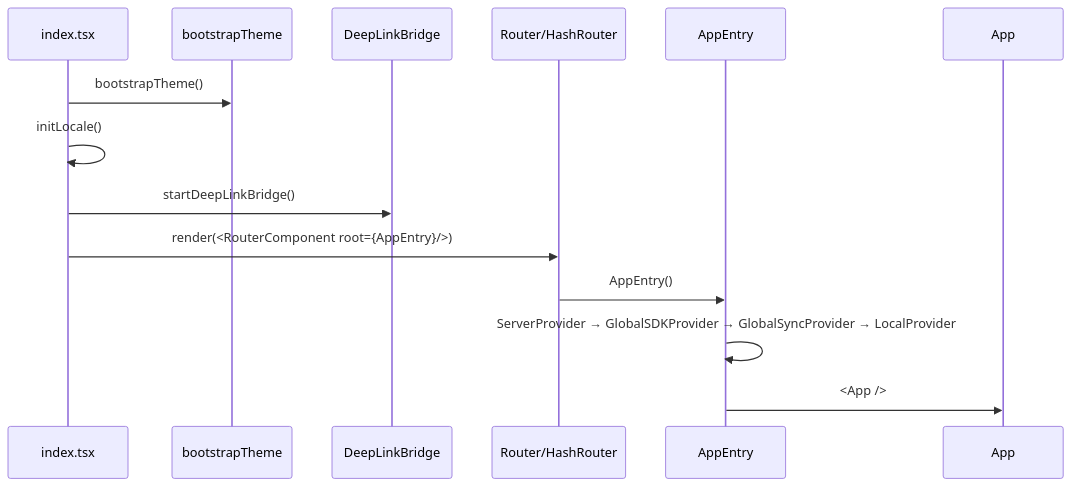
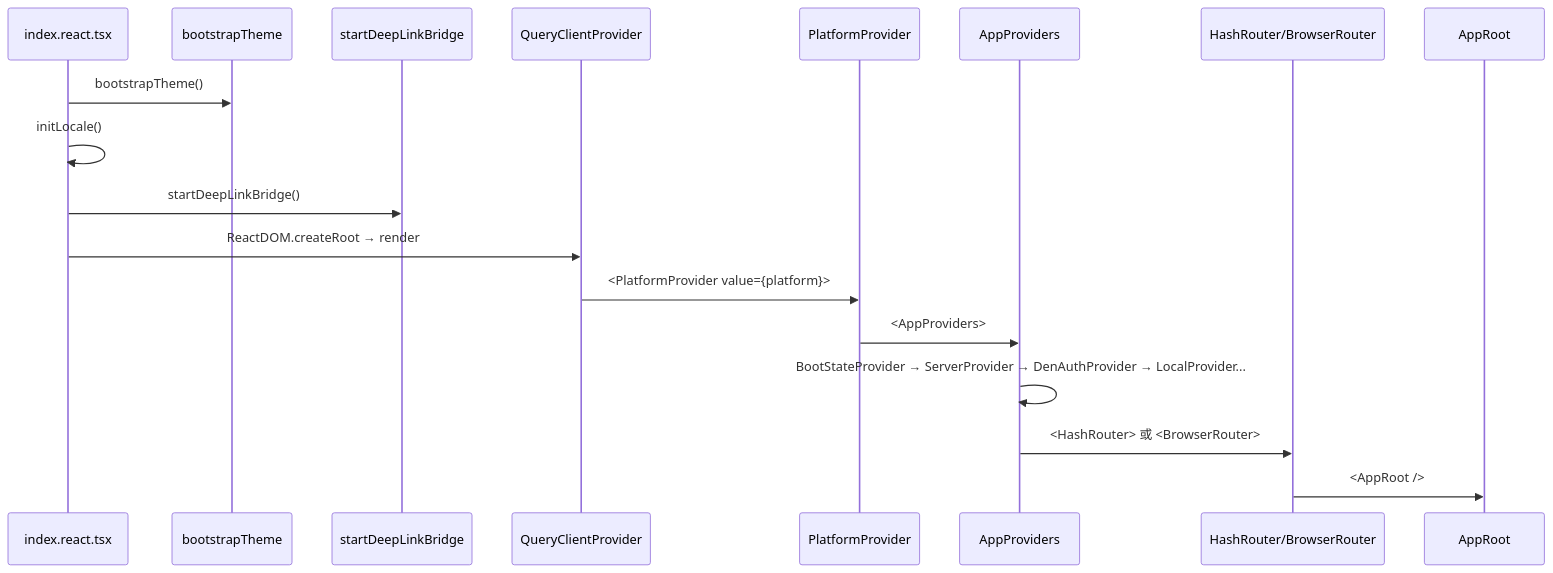
One commit to kaka89/harnesswork changed the second of 3 diagrams in docs/00-overview.md. Above: the diagram before and after it, drawn with Mermaid. The commit also changed other lines of this file and 18 other files, not shown here.

````diff
--- a/docs/00-overview.md
+++ b/docs/00-overview.md
@@ -70,16 +72,20 @@
 ```mermaid
 sequenceDiagram
-  participant Boot as index.tsx
+  participant Boot as index.react.tsx
   participant Theme as bootstrapTheme
-  participant DL as DeepLinkBridge
-  participant Router as Router/HashRouter
-  participant Entry as AppEntry
-  participant App as App
+  participant DL as startDeepLinkBridge
+  participant QC as QueryClientProvider
+  participant PP as PlatformProvider
+  participant AP as AppProviders
+  participant Router as HashRouter/BrowserRouter
+  participant Root as AppRoot
   Boot->>Theme: bootstrapTheme()
   Boot->>Boot: initLocale()
   Boot->>DL: startDeepLinkBridge()
-  Boot->>Router: render(<RouterComponent root={AppEntry}/>)
-  Router->>Entry: AppEntry()
-  Entry->>Entry: ServerProvider → GlobalSDKProvider → GlobalSyncProvider → LocalProvider
-  Entry->>App: <App />
+  Boot->>QC: ReactDOM.createRoot → render
+  QC->>PP: <PlatformProvider value={platform}>
+  PP->>AP: <AppProviders>
+  AP->>AP: BootStateProvider → ServerProvider → DenAuthProvider → LocalProvider...
+  AP->>Router: <HashRouter> 或 <BrowserRouter>
+  Router->>Root: <AppRoot />
 ```
````
